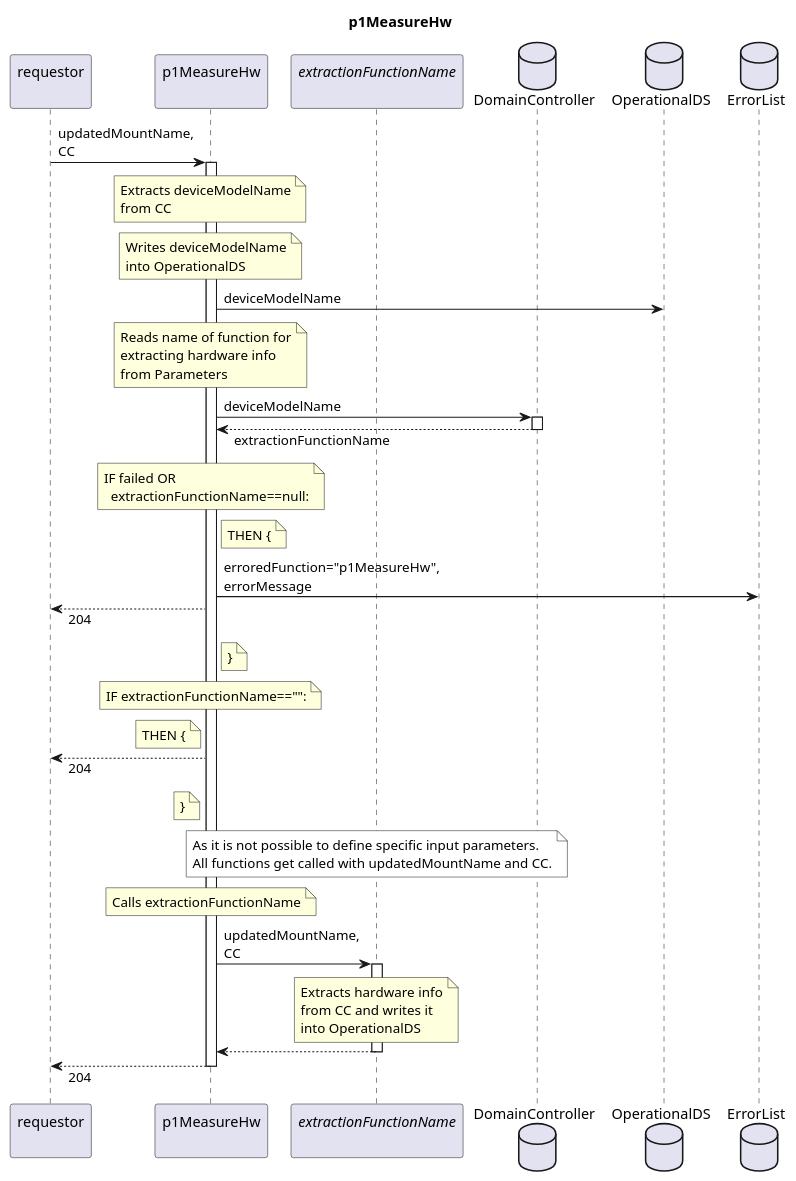
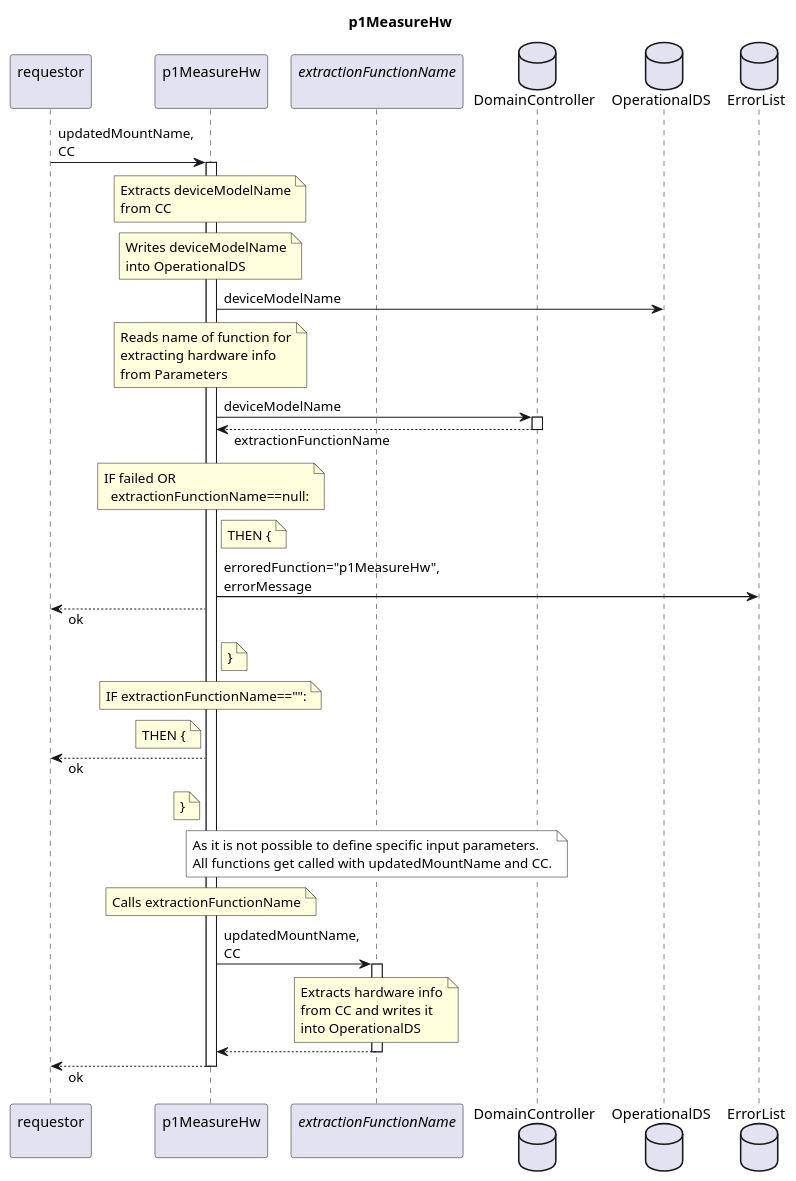
Before and after one commit to openBackhaul/FirmWareManager: the diagram in spec/Functions/Measurement/p1MeasureHw/1.0.0/p1MeasureHw.plantuml, drawn with PlantUML. The commit also changed 44 other files, not shown here.

```diff
--- a/spec/Functions/Measurement/p1MeasureHw/1.0.0/p1MeasureHw.plantuml
+++ b/spec/Functions/Measurement/p1MeasureHw/1.0.0/p1MeasureHw.plantuml
@@ -1,82 +1,82 @@
 @startuml p1MeasureHw
 skinparam responseMessageBelowArrow true
 
 title
   p1MeasureHw
 end title
 
 participant "requestor\n" as requestor
 participant "p1MeasureHw\n" as indServ
 participant "<i>extractionFunctionName</i>\n" as extrFunc
 
 database "DomainController" as DC
 database "OperationalDS" as OpDS
 database "ErrorList" as hEL
 
 requestor -> indServ: updatedMountName,\nCC
 activate indServ
 
   note over indServ
     Extracts deviceModelName
     from CC
   end note
   note over indServ
     Writes deviceModelName
     into OperationalDS
   end note
   indServ -> OpDS: deviceModelName
 
   note over indServ
     Reads name of function for
     extracting hardware info
     from Parameters
   end note
   indServ -> DC: deviceModelName
   activate DC
   indServ <-- DC: extractionFunctionName
   deactivate DC
   note over indServ
     IF failed OR 
       extractionFunctionName==null:
   end note
   note right indServ
     THEN {
   end note
   indServ -> hEL: erroredFunction="p1MeasureHw",\nerrorMessage
-  requestor <-- indServ: 204
+  requestor <-- indServ: ok
   note right indServ
     }
   end note
   note over indServ
     IF extractionFunctionName=="":
   end note
   note left indServ
     THEN {
   end note
-  requestor <-- indServ: 204
+  requestor <-- indServ: ok
   note left indServ
     }
   end note
 
   note over extrFunc #White
     As it is not possible to define specific input parameters.
     All functions get called with updatedMountName and CC.
   end note
 
   note over indServ
     Calls extractionFunctionName
   end note
   indServ -> extrFunc: updatedMountName,\nCC
   activate extrFunc
     note over extrFunc
       Extracts hardware info
       from CC and writes it
       into OperationalDS
     end note
   indServ <-- extrFunc
   deactivate extrFunc
 
-requestor <-- indServ: 204
+requestor <-- indServ: ok
 deactivate indServ
 
 @enduml
```
